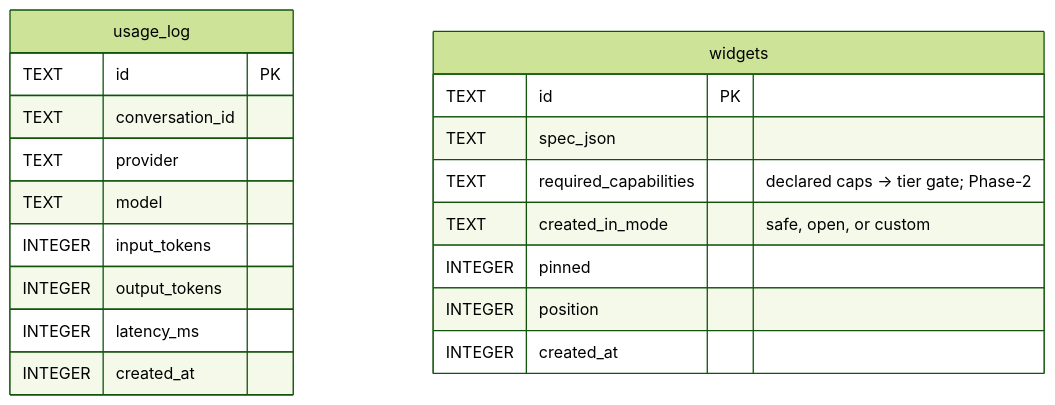
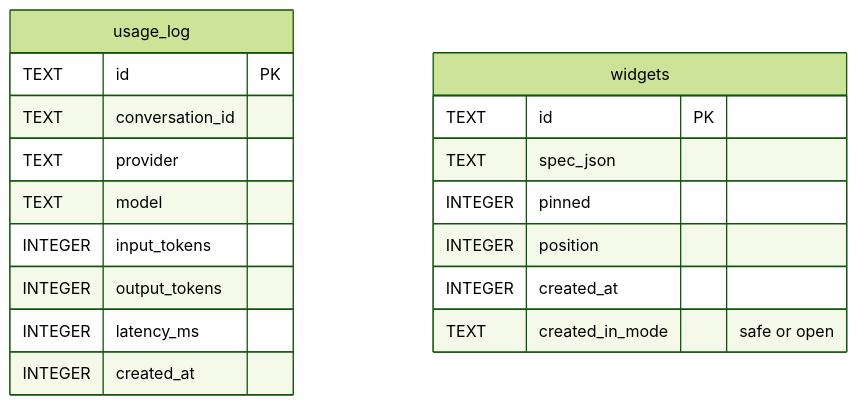
The third of 3 diagrams in docs/data-model.md (N041M/Addison), drawn with Mermaid (forest theme) before and after one commit. The commit also changed other lines of this file and 17 other files, not shown here.

````diff
--- a/docs/data-model.md
+++ b/docs/data-model.md
@@ -357,22 +408,21 @@
 ```mermaid
 erDiagram
     usage_log {
         TEXT id PK
         TEXT conversation_id
         TEXT provider
         TEXT model
         INTEGER input_tokens
         INTEGER output_tokens
         INTEGER latency_ms
         INTEGER created_at
     }
     widgets {
         TEXT id PK
         TEXT spec_json
-        TEXT required_capabilities "declared caps -> tier gate; Phase-2"
-        TEXT created_in_mode "safe, open, or custom"
         INTEGER pinned
         INTEGER position
         INTEGER created_at
+        TEXT created_in_mode "safe or open"
     }
 ```
````
